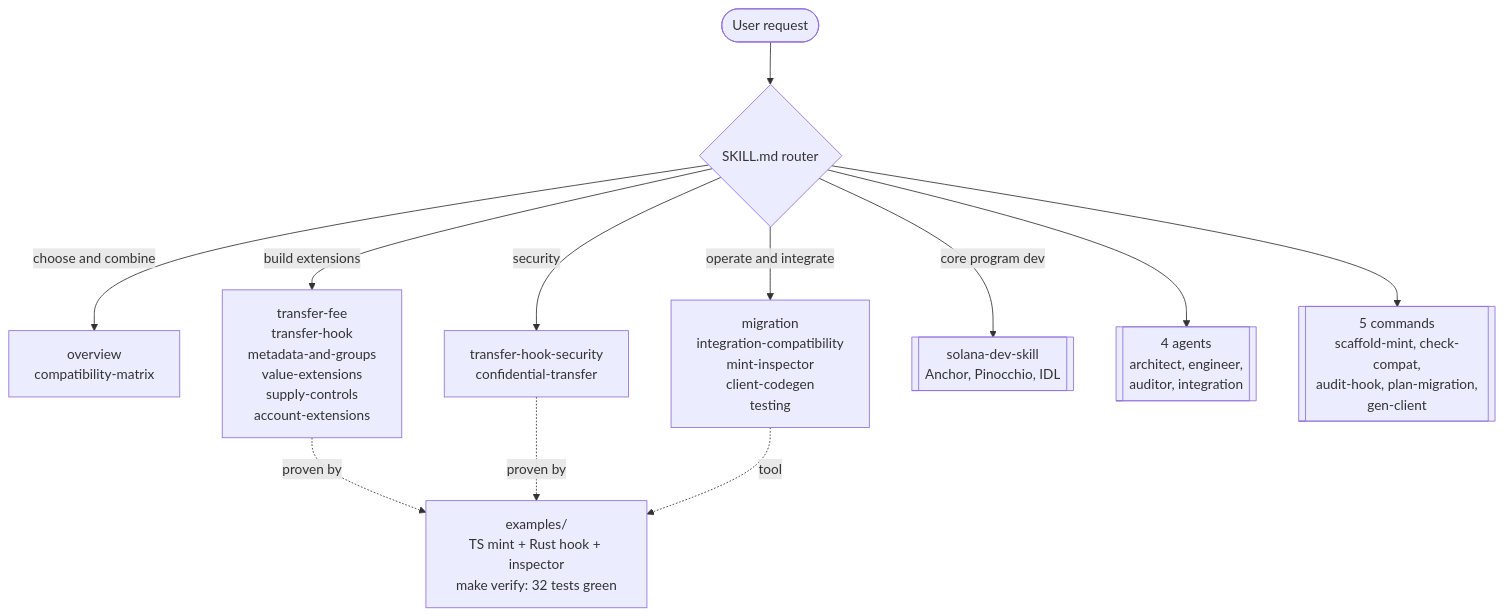
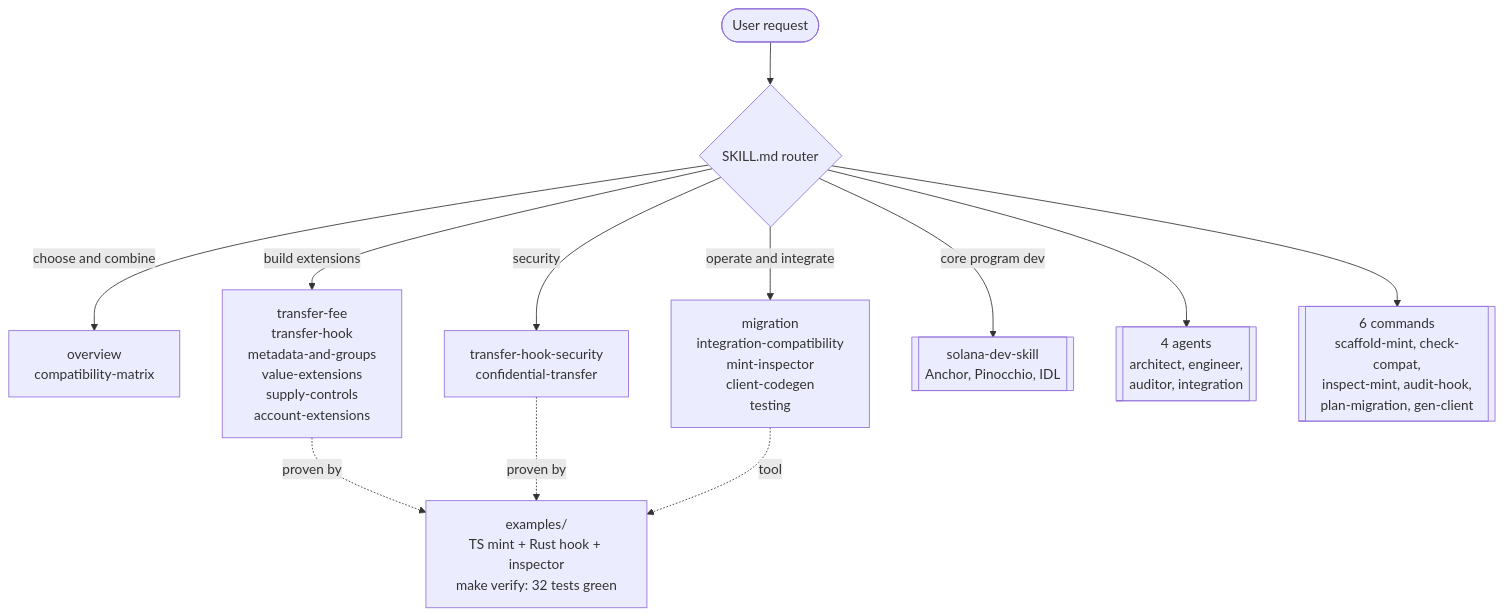
The diagram in README.md (Andy00L/solana-token-extensions-skill), drawn with Mermaid before and after one commit. The commit also changed other lines of this file and 4 other files, not shown here.

First line of the commit message:
Wire /inspect-mint into agents and fix doc counts; align KIT_INTEGRATION with the live kit

````diff
--- a/README.md
+++ b/README.md
@@ -16,14 +16,14 @@
 ```mermaid
 flowchart TD
     U([User request]) --> R{SKILL.md router}
     R -->|choose and combine| C["overview<br/>compatibility-matrix"]
     R -->|build extensions| B["transfer-fee<br/>transfer-hook<br/>metadata-and-groups<br/>value-extensions<br/>supply-controls<br/>account-extensions"]
     R -->|operate and integrate| O["migration<br/>integration-compatibility<br/>mint-inspector<br/>client-codegen<br/>testing"]
     R -->|security| S["transfer-hook-security<br/>confidential-transfer"]
     R -->|core program dev| CORE[["solana-dev-skill<br/>Anchor, Pinocchio, IDL"]]
     R --> AG[["4 agents<br/>architect, engineer,<br/>auditor, integration"]]
-    R --> CMD[["5 commands<br/>scaffold-mint, check-compat,<br/>audit-hook, plan-migration,<br/>gen-client"]]
+    R --> CMD[["6 commands<br/>scaffold-mint, check-compat,<br/>inspect-mint, audit-hook,<br/>plan-migration, gen-client"]]
     B -.proven by.-> EX["examples/<br/>TS mint + Rust hook + inspector<br/>make verify: 32 tests green"]
     S -.proven by.-> EX
     O -.tool.-> EX
 ```
````
